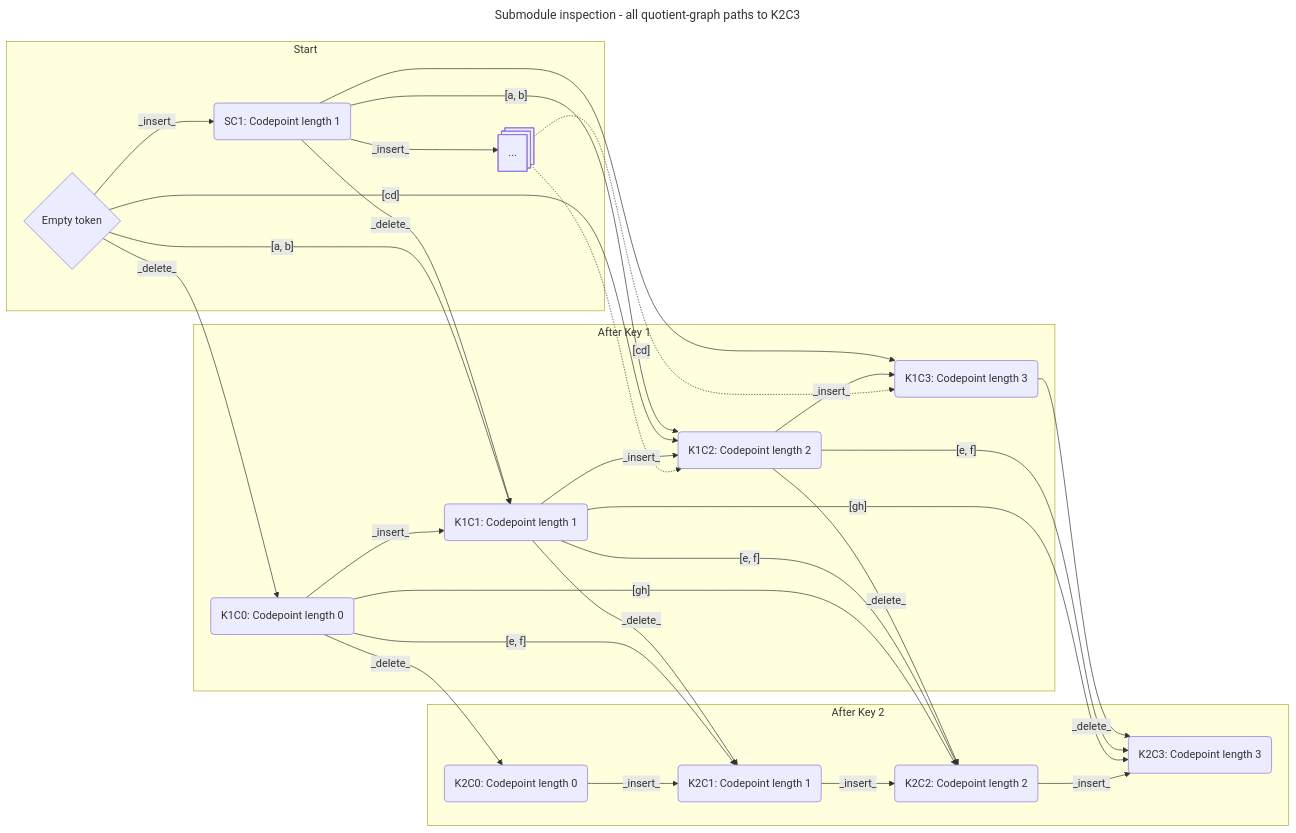
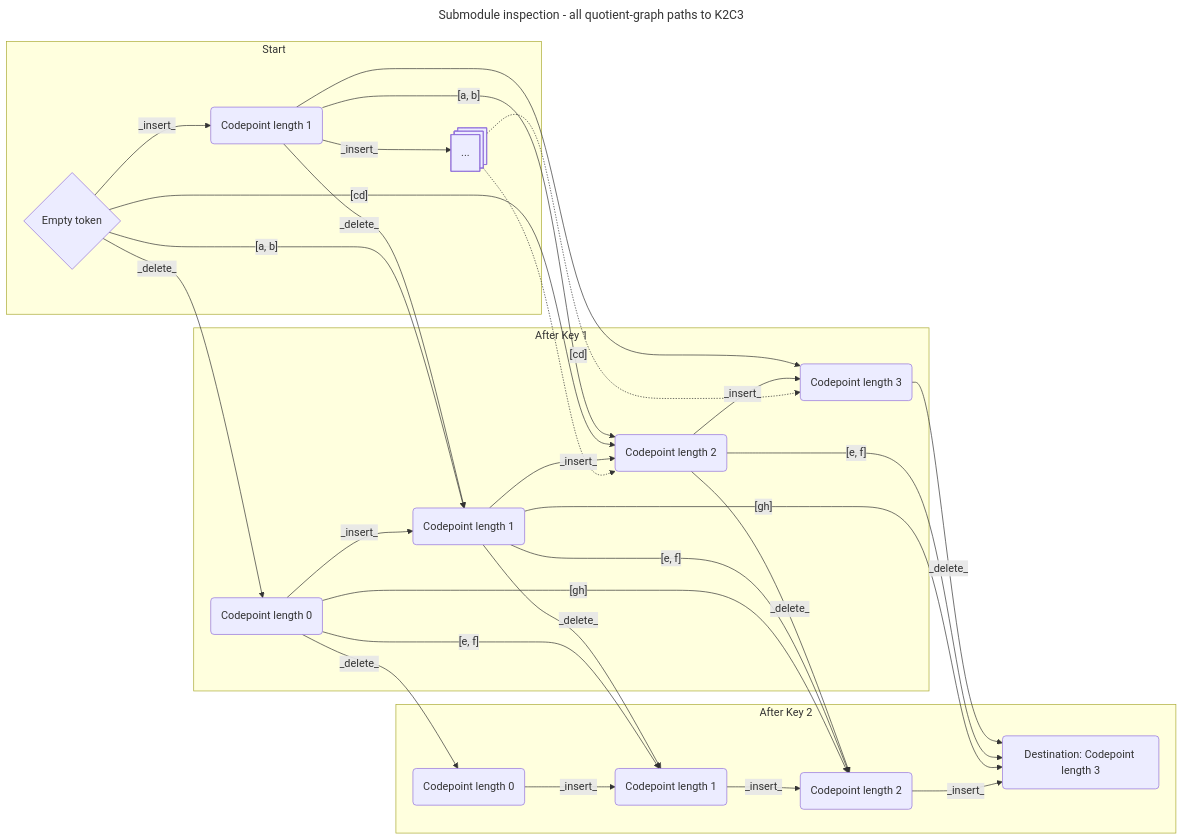
One commit to keymanapp/keyman changed the eighth of 8 diagrams in web/src/engine/predictive-text/worker-thread/docs/correction-search-graph.md. Above: the diagram before and after it, drawn with Mermaid. The commit also changed other lines of this file, not shown here.

````diff
--- a/web/src/engine/predictive-text/worker-thread/docs/correction-search-graph.md
+++ b/web/src/engine/predictive-text/worker-thread/docs/correction-search-graph.md
@@ -738,46 +750,46 @@
 ```mermaid
 ---
 title: Submodule inspection - all quotient-graph paths to K2C3
 ---
 flowchart LR;
     subgraph Start
-        start{Empty token} -- _insert_ --> SC1(SC1: Codepoint length 1)
+        start{Empty token} -- _insert_ --> SC1(Codepoint length 1)
         SC1 -- _insert_ --> SC2@{ shape: processes, label: "..." }
     end
 
     subgraph After Key 1
-        start -- _delete_ --> K1C0(K1C0: Codepoint length 0)
+        start -- _delete_ --> K1C0(Codepoint length 0)
 
         SC1 -- _delete_ --> K1C1
-        start -- [a, b] --> K1C1(K1C1: Codepoint length 1)
+        start -- [a, b] --> K1C1(Codepoint length 1)
         K1C0 -- _insert_ --> K1C1
 
         SC1 -- [a, b] --> K1C2
-        start -- [cd] --> K1C2(K1C2: Codepoint length 2)
+        start -- [cd] --> K1C2(Codepoint length 2)
         K1C1 -- _insert_ --> K1C2
         SC2 -.-> K1C2
 
 
-        SC1 -- [cd] --> K1C3(K1C3: Codepoint length 3)
+        SC1 -- [cd] --> K1C3(Codepoint length 3)
         K1C2 -- _insert_ --> K1C3
         SC2 -.-> K1C3
     end
 
     subgraph After Key 2
-        K1C0 -- _delete_ --> K2C0(K2C0: Codepoint length 0)
+        K1C0 -- _delete_ --> K2C0(Codepoint length 0)
 
         K1C1 -- _delete_ --> K2C1
-        K1C0 -- [e, f] --> K2C1(K2C1: Codepoint length 1)
+        K1C0 -- [e, f] --> K2C1(Codepoint length 1)
         K2C0 -- _insert_ --> K2C1
 
         K1C2 -- _delete_ --> K2C2
         K1C1 -- [e, f] --> K2C2
-        K1C0 -- [gh] --> K2C2(K2C2: Codepoint length 2)
+        K1C0 -- [gh] --> K2C2(Codepoint length 2)
         K2C1 -- _insert_ --> K2C2
 
         K1C3 -- _delete_ --> K2C3
         K1C2 -- [e, f] --> K2C3
-        K1C1 -- [gh] --> K2C3(K2C3: Codepoint length 3)
+        K1C1 -- [gh] --> K2C3(Destination: Codepoint length 3)
         K2C2 -- _insert_ --> K2C3
     end
 ```
````
